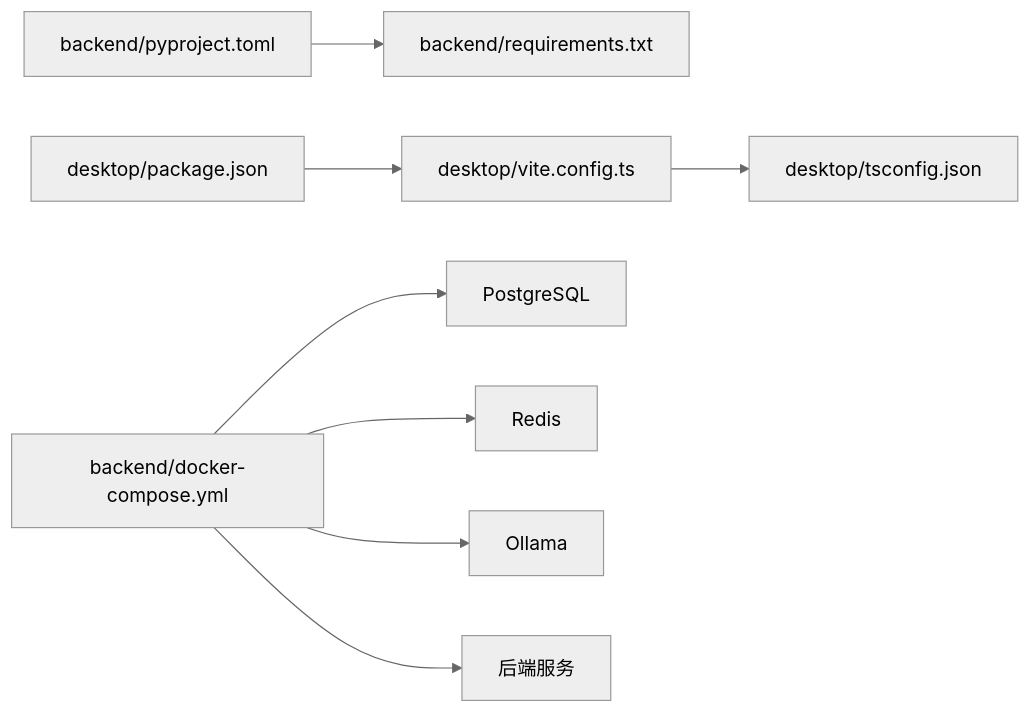
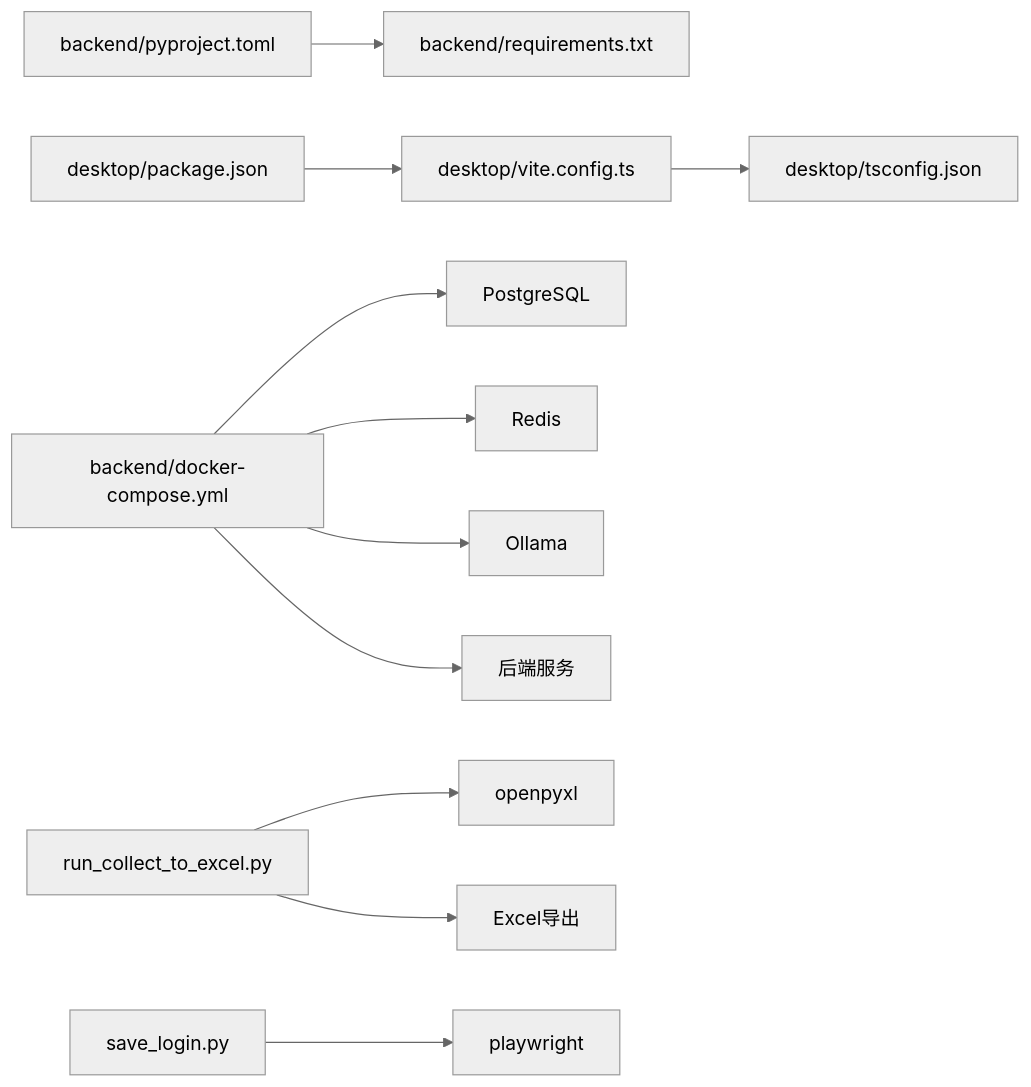
One commit to dream-ze/AI_huoke- changed the seventh of 7 diagrams in .qoder/repowiki/zh/content/开发指南/开发指南.md. Above: the diagram before and after it, drawn with Mermaid (neutral theme). The commit also changed other lines of this file and 52 other files, not shown here.

````diff
--- a/.qoder/repowiki/zh/content/开发指南/开发指南.md
+++ b/.qoder/repowiki/zh/content/开发指南/开发指南.md
@@ -250,10 +366,13 @@
 ```mermaid
 graph LR
 PToml["backend/pyproject.toml"] --> Req["backend/requirements.txt"]
 Pkg["desktop/package.json"] --> ViteCfg["desktop/vite.config.ts"]
 ViteCfg --> TsCfg["desktop/tsconfig.json"]
 Docker["backend/docker-compose.yml"] --> Postgres["PostgreSQL"]
 Docker --> Redis["Redis"]
 Docker --> Ollama["Ollama"]
 Docker --> Backend["后端服务"]
+RunExcel["run_collect_to_excel.py"] --> OpenPyXL["openpyxl"]
+RunExcel --> Excel["Excel导出"]
+SaveLogin["save_login.py"] --> Playwright["playwright"]
 ```
````
